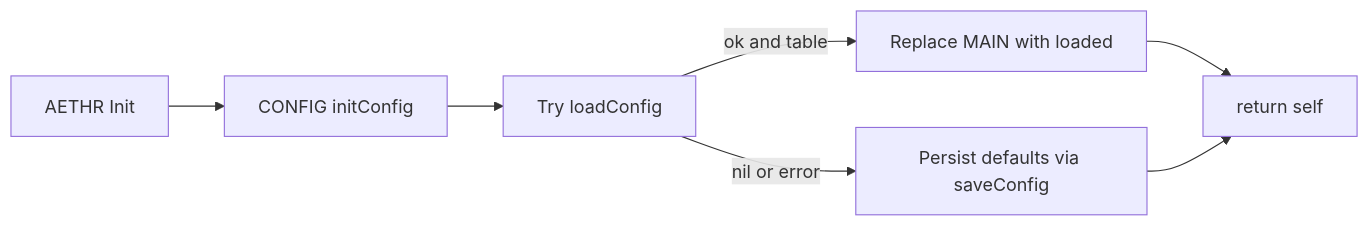
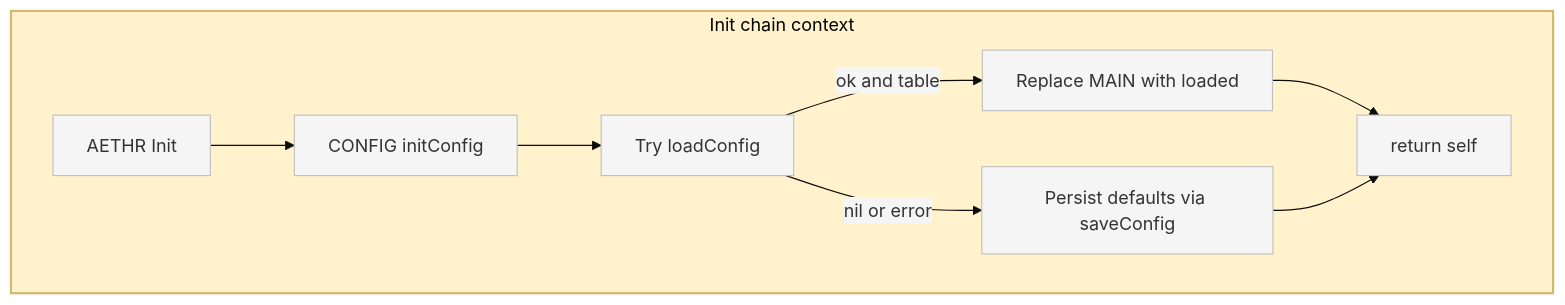
Before and after one commit to Gh0st352/AETHR: the first of 3 diagrams in docs/config/init_and_persistence.md, drawn with Mermaid. The commit also changed other lines of this file and 8 other files, not shown here.

First line of the commit message:
docs(config): enhance Mermaid diagrams with theme/layout

````diff
--- a/docs/config/init_and_persistence.md
+++ b/docs/config/init_and_persistence.md
@@ -20,9 +20,16 @@
 ```mermaid
-flowchart LR
-  AETHR_Init[AETHR Init] --> CONFIG_init[CONFIG initConfig]
-  CONFIG_init --> TryLoad[Try loadConfig]
-  TryLoad -->|ok and table| Replace[Replace MAIN with loaded]
-  TryLoad -->|nil or error| Persist[Persist defaults via saveConfig]
-  Replace --> ReturnSelf[return self]
-  Persist --> ReturnSelf
+%%{init: {"theme":"base", "themeVariables":{"primaryColor":"#f5f5f5"}}}%%
+flowchart TB
+  subgraph INIT_CHAIN [Init chain context]
+    style INIT_CHAIN fill:#fff2cc,stroke:#d4b86f,stroke-width:2px
+    AETHR_Init[AETHR Init] --> CONFIG_init[CONFIG initConfig]
+    CONFIG_init --> TryLoad[Try loadConfig]
+    TryLoad -->|ok and table| Replace[Replace MAIN with loaded]
+    TryLoad -->|nil or error| Persist[Persist defaults via saveConfig]
+    Replace --> ReturnSelf[return self]
+    Persist --> ReturnSelf
+  end
+
+  classDef node fill:#f5f5f5,stroke:#bfbfbf
+  class AETHR_Init,CONFIG_init,TryLoad,Replace,Persist,ReturnSelf node
 ```
````
